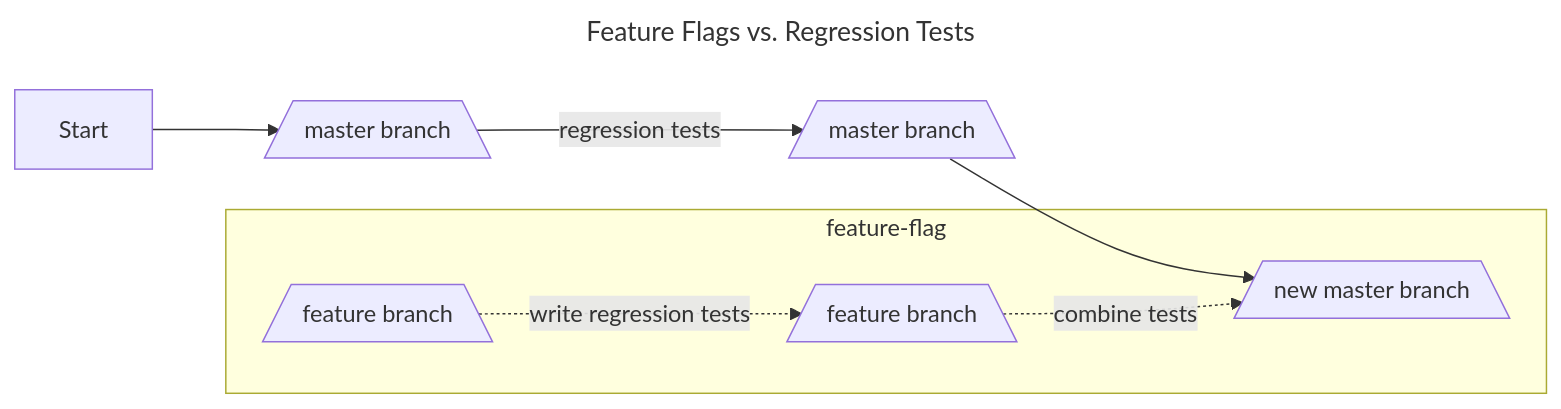
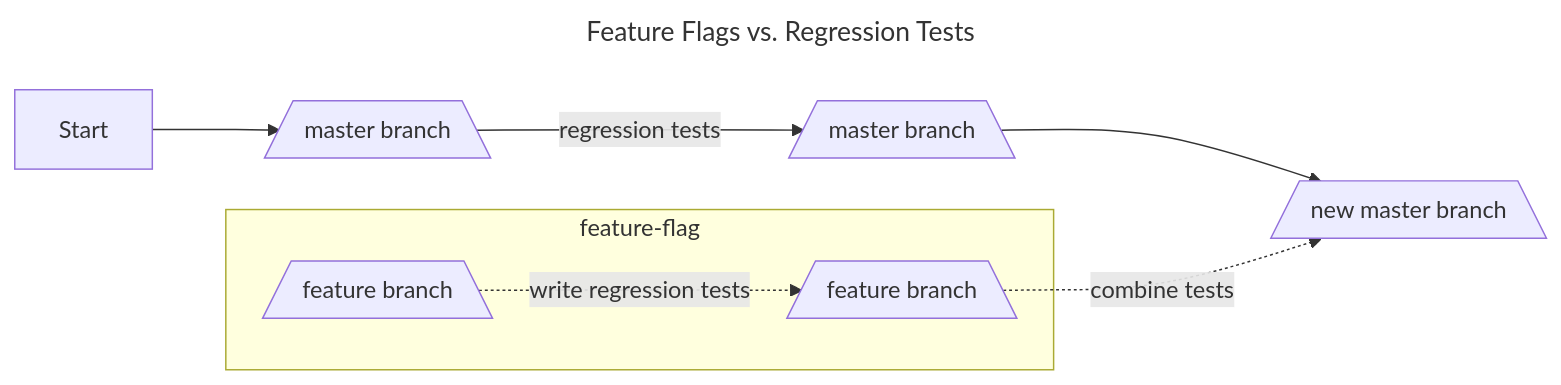
Before and after one commit to jessicahirsch/Mermaid-Diagrams: the diagram in diagrams/diagram1.mmd, drawn with Mermaid.

Commit message:
fix: exclude new master branch from feature-flag sugbgraph

```diff
--- a/diagrams/diagram1.mmd
+++ b/diagrams/diagram1.mmd
@@ -1,10 +1,11 @@
 ---
 title: Feature Flags vs. Regression Tests
 ---
 flowchart LR
 
     Z[Start]-->A[/master branch\]--regression tests-->B[/master branch\]-->E[/new master branch\]
     subgraph feature-flag
     C[/feature branch\]-.write regression tests .->D[/feature branch\]
+    D[/feature branch\]
+    end feature-flag
     D[/feature branch\]-.combine tests .->E[/new master branch\]
-    end feature-flag
```
